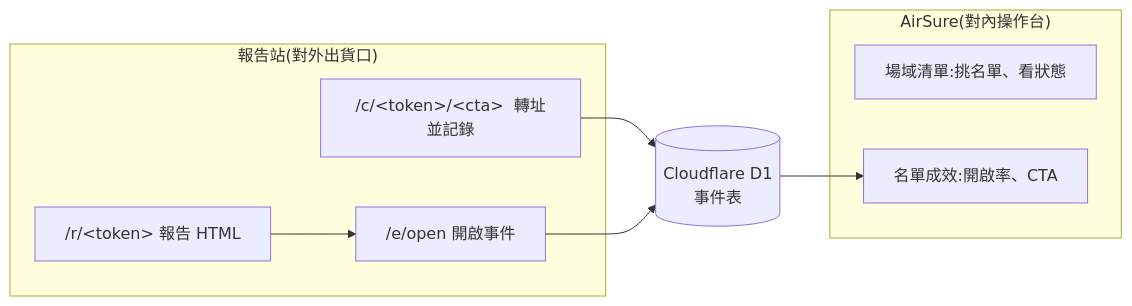
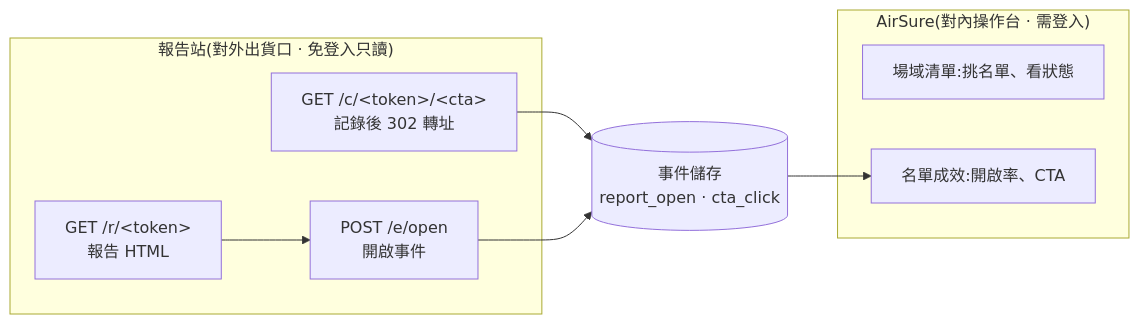
Before and after one commit to 91JoeyHTC/airsure: the diagram in docs/aircare-0918-報告寄送計畫.md, drawn with Mermaid. The commit also changed other lines of this file and 1 other file, not shown here.

````diff
--- a/docs/aircare-0918-報告寄送計畫.md
+++ b/docs/aircare-0918-報告寄送計畫.md
@@ -68,17 +79,17 @@
 ```mermaid
 flowchart LR
-    subgraph A["AirSure(對內操作台)"]
+    subgraph A["AirSure(對內操作台 · 需登入)"]
       L["場域清單:挑名單、看狀態"]
       P["名單成效:開啟率、CTA"]
     end
-    subgraph R["報告站(對外出貨口)"]
-      H["/r/&lt;token&gt;  報告 HTML"]
-      C["/c/&lt;token&gt;/&lt;cta&gt;  轉址並記錄"]
-      E["/e/open  開啟事件"]
+    subgraph R["報告站(對外出貨口 · 免登入只讀)"]
+      H["GET /r/&lt;token&gt;<br/>報告 HTML"]
+      C["GET /c/&lt;token&gt;/&lt;cta&gt;<br/>記錄後 302 轉址"]
+      E["POST /e/open<br/>開啟事件"]
     end
-    DB[("Cloudflare D1<br/>事件表")]
+    DB[("事件儲存<br/>report_open · cta_click")]
     H --> E
     C --> DB
     E --> DB
     DB --> P
 ```
````
